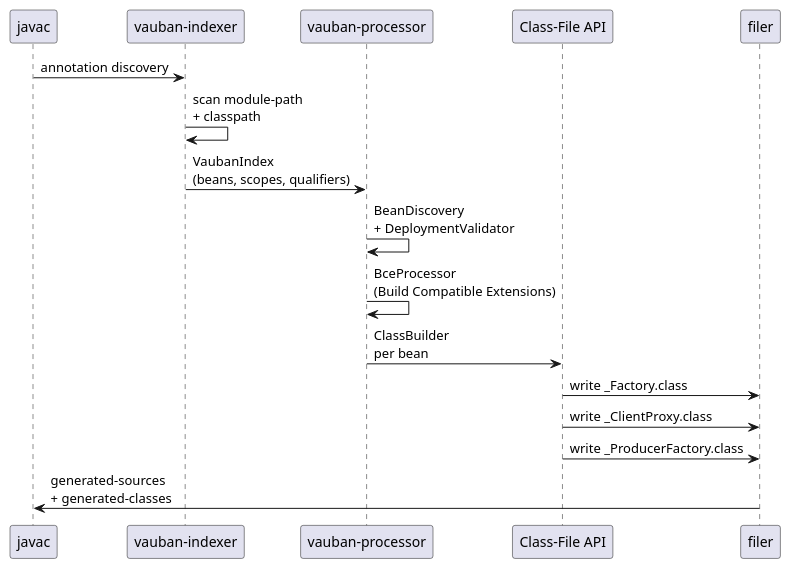
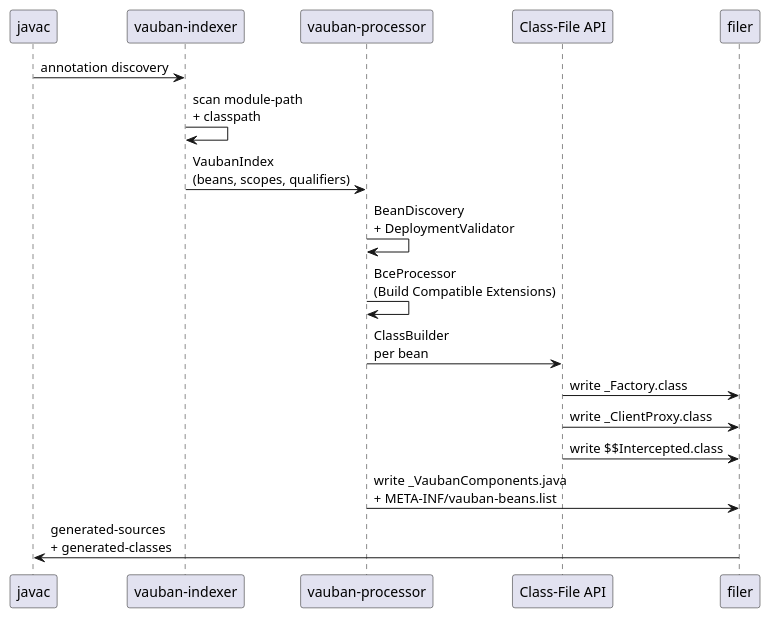
Before and after one commit to vidocq-stack/vauban: the first of 2 diagrams in docs/en/modules/ROOT/pages/internals.adoc, drawn with PlantUML. The commit also changed other lines of this file and 7 other files, not shown here.

```diff
--- a/docs/en/modules/ROOT/pages/internals.adoc
+++ b/docs/en/modules/ROOT/pages/internals.adoc
@@ -42,22 +42,23 @@
 [plantuml]
 ....
 @startuml
 skinparam shadowing false
 participant "javac" as JC
 participant "vauban-indexer" as IDX
 participant "vauban-processor" as PROC
 participant "Class-File API" as CFA
 participant "filer" as F
 
 JC -> IDX : annotation discovery
 IDX -> IDX : scan module-path\n+ classpath
 IDX -> PROC : VaubanIndex\n(beans, scopes, qualifiers)
 PROC -> PROC : BeanDiscovery\n+ DeploymentValidator
 PROC -> PROC : BceProcessor\n(Build Compatible Extensions)
 PROC -> CFA : ClassBuilder\nper bean
 CFA -> F : write _Factory.class
 CFA -> F : write _ClientProxy.class
-CFA -> F : write _ProducerFactory.class
+CFA -> F : write $$Intercepted.class
+PROC -> F : write _VaubanComponents.java\n+ META-INF/vauban-beans.list
 F -> JC : generated-sources\n+ generated-classes
 @enduml
 ....
```
